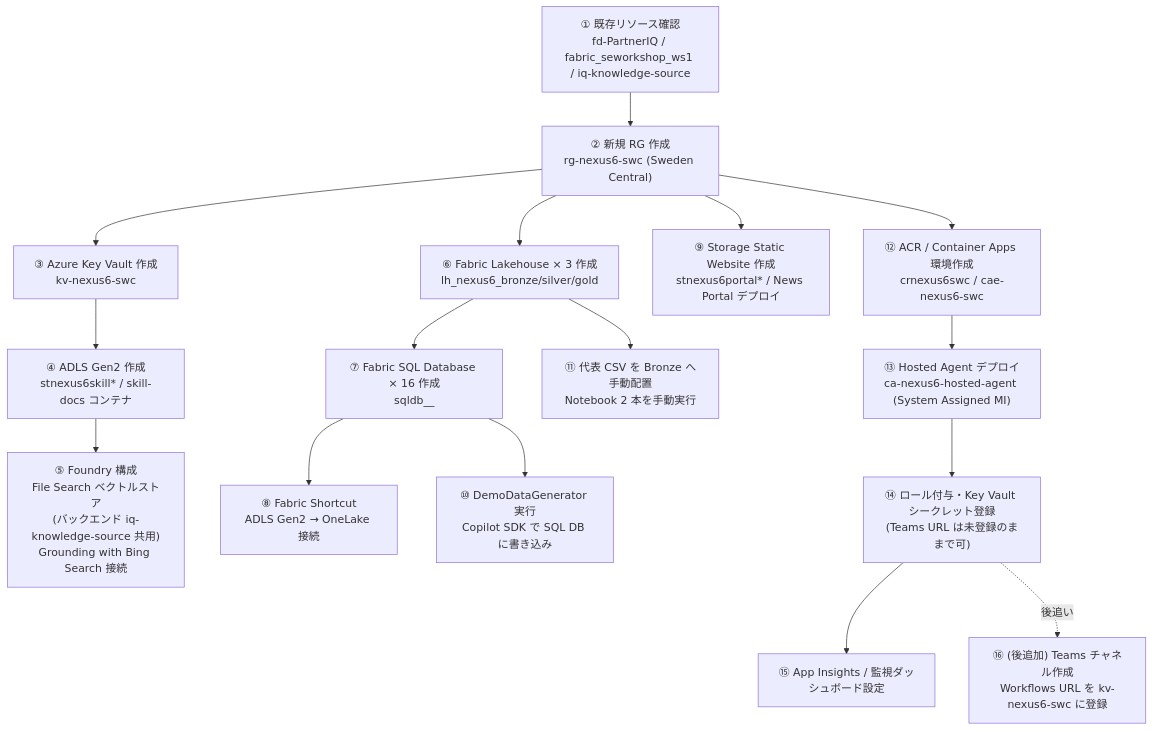
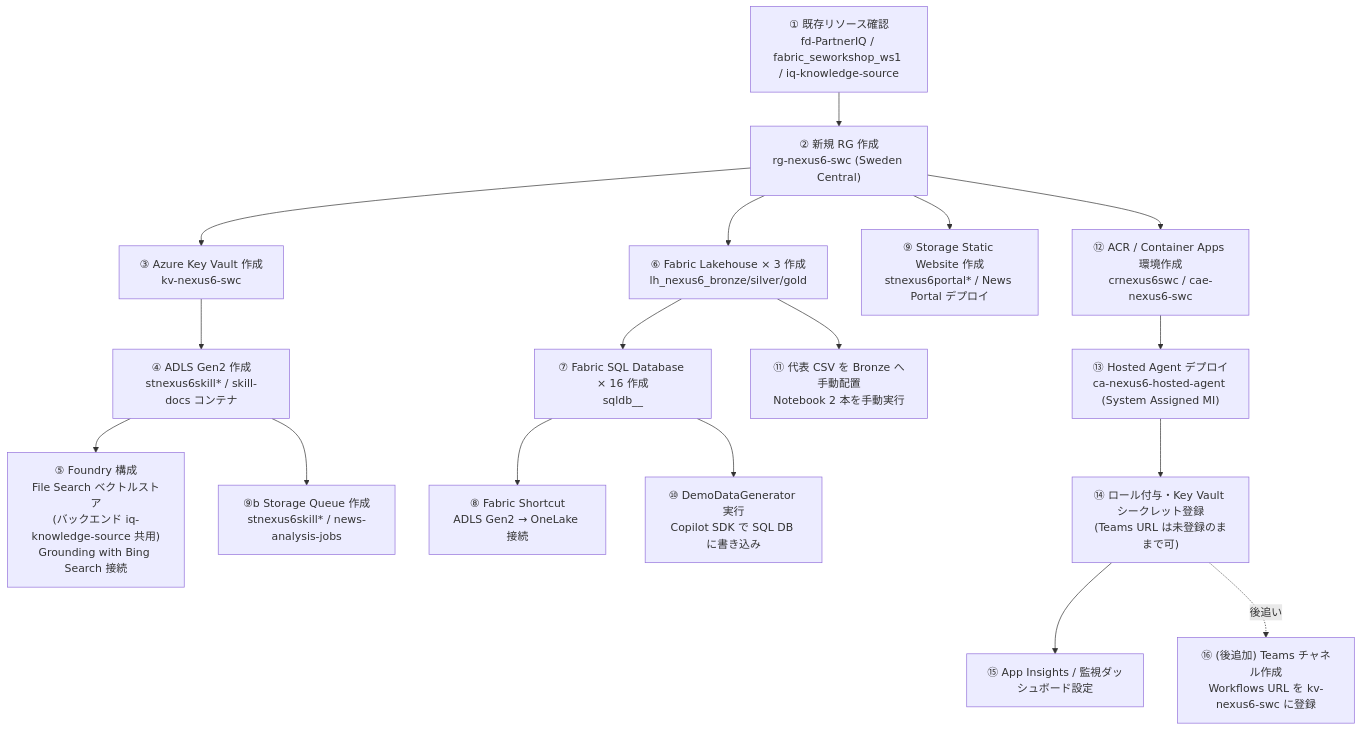
The second of 2 diagrams in docs/dev-plan/09-azure-m365-configuration.md (Takas0522/nexus6-se-workshop), drawn with Mermaid before and after one commit. The commit also changed other lines of this file and 4 other files, not shown here.

First line of the commit message:
docs: 起動経路を Foundry Scheduled Trigger + Azure Storage Queue に確定

````diff
--- a/docs/dev-plan/09-azure-m365-configuration.md
+++ b/docs/dev-plan/09-azure-m365-configuration.md
@@ -292,27 +321,29 @@
 ```mermaid
 flowchart TD
     S0["① 既存リソース確認\nfd-PartnerIQ / fabric_seworkshop_ws1 / iq-knowledge-source"]
     S1["② 新規 RG 作成\nrg-nexus6-swc (Sweden Central)"]
     S2["③ Azure Key Vault 作成\nkv-nexus6-swc"]
     S3["④ ADLS Gen2 作成\nstnexus6skill* / skill-docs コンテナ"]
     S4["⑤ Foundry 構成\nFile Search ベクトルストア\n(バックエンド iq-knowledge-source 共用)\nGrounding with Bing Search 接続"]
     S5["⑥ Fabric Lakehouse × 3 作成\nlh_nexus6_bronze/silver/gold"]
     S6["⑦ Fabric SQL Database × 16 作成\nsqldb_<domain>_<NN>"]
     S7["⑧ Fabric Shortcut\nADLS Gen2 → OneLake 接続"]
     S8["⑨ Storage Static Website 作成\nstnexus6portal* / News Portal デプロイ"]
+    S8b["⑨b Storage Queue 作成\nstnexus6skill* / news-analysis-jobs"]
     S9["⑩ DemoDataGenerator 実行\nCopilot SDK で SQL DB に書き込み"]
     S10["⑪ 代表 CSV を Bronze へ手動配置\nNotebook 2 本を手動実行"]
     S11["⑫ ACR / Container Apps 環境作成\ncrnexus6swc / cae-nexus6-swc"]
     S12["⑬ Hosted Agent デプロイ\nca-nexus6-hosted-agent (System Assigned MI)"]
     S13["⑭ ロール付与・Key Vault シークレット登録\n(Teams URL は未登録のままで可)"]
     S14["⑮ App Insights / 監視ダッシュボード設定"]
     S15["⑯ (後追加) Teams チャネル作成\nWorkflows URL を kv-nexus6-swc に登録"]
 
     S0 --> S1 --> S2 --> S3 --> S4
     S1 --> S5 --> S6 --> S7
     S1 --> S8
+    S3 --> S8b
     S6 --> S9
     S5 --> S10
     S1 --> S11 --> S12 --> S13 --> S14
     S13 -.->|後追い| S15
 ```
````
